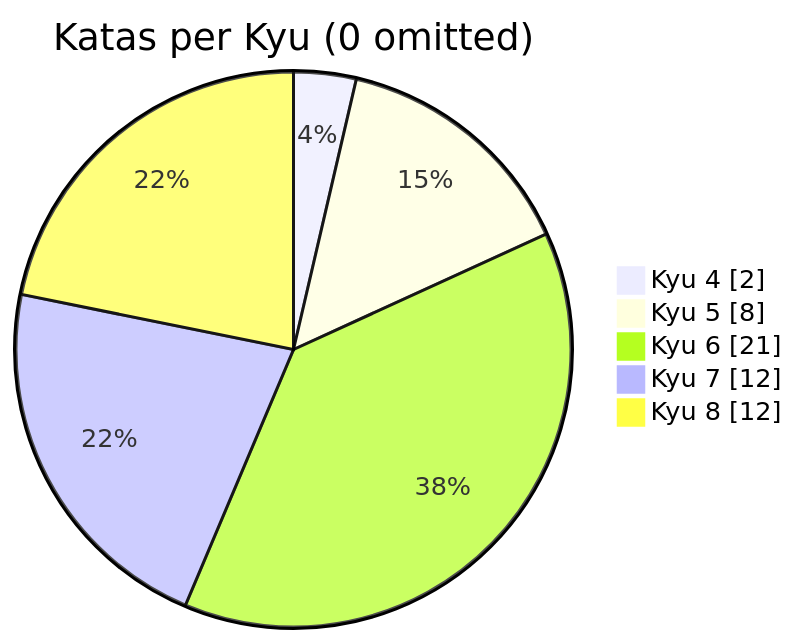
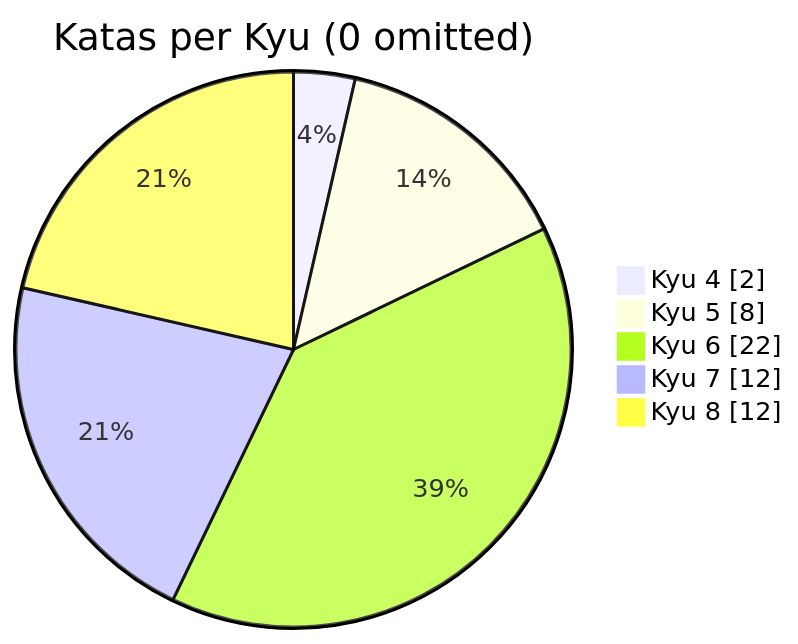
The diagram in README.md (MauricioLudwig/codewars-typescript), drawn with Mermaid before and after one commit. The commit also changed other lines of this file, not shown here.

````diff
--- a/README.md
+++ b/README.md
@@ -20,9 +20,9 @@
 ```mermaid
 pie showData
     title Katas per Kyu (0 omitted)
 	"Kyu 4": 2
 	"Kyu 5": 8
-	"Kyu 6": 21
+	"Kyu 6": 22
 	"Kyu 7": 12
 	"Kyu 8": 12
 ```
````
